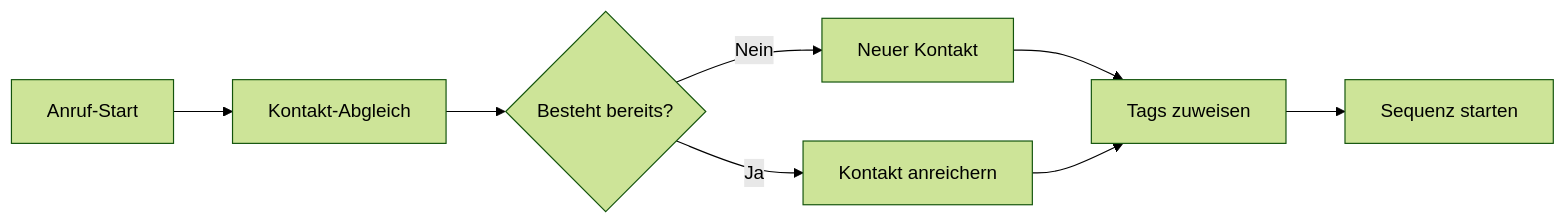
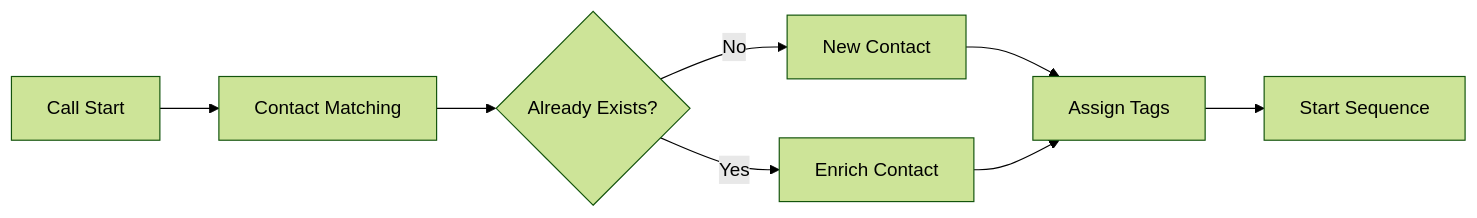
Before and after one commit to bekgroup/Famulor-docs-de: the first of 2 diagrams in en/automation-platform/integrations/einzelintegrations/activecampaign.mdx, drawn with Mermaid (forest theme). The commit also changed other lines of this file and 16 other files, not shown here.

````diff
--- a/en/automation-platform/integrations/einzelintegrations/activecampaign.mdx
+++ b/en/automation-platform/integrations/einzelintegrations/activecampaign.mdx
@@ -35,10 +34,10 @@
 ```mermaid
 graph LR
-    A[Anruf-Start] --> B[Kontakt-Abgleich]
-    B --> C{Besteht bereits?}
-    C -->|Nein| D[Neuer Kontakt]
-    C -->|Ja| E[Kontakt anreichern]
-    D --> F[Tags zuweisen]
+    A[Call Start] --> B[Contact Matching]
+    B --> C{Already Exists?}
+    C -->|No| D[New Contact]
+    C -->|Yes| E[Enrich Contact]
+    D --> F[Assign Tags]
     E --> F
-    F --> G[Sequenz starten]
+    F --> G[Start Sequence]
 ```
````
